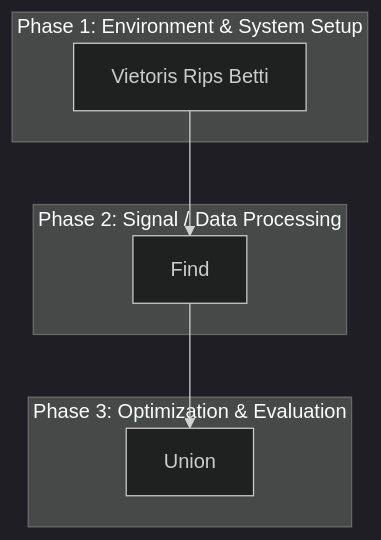
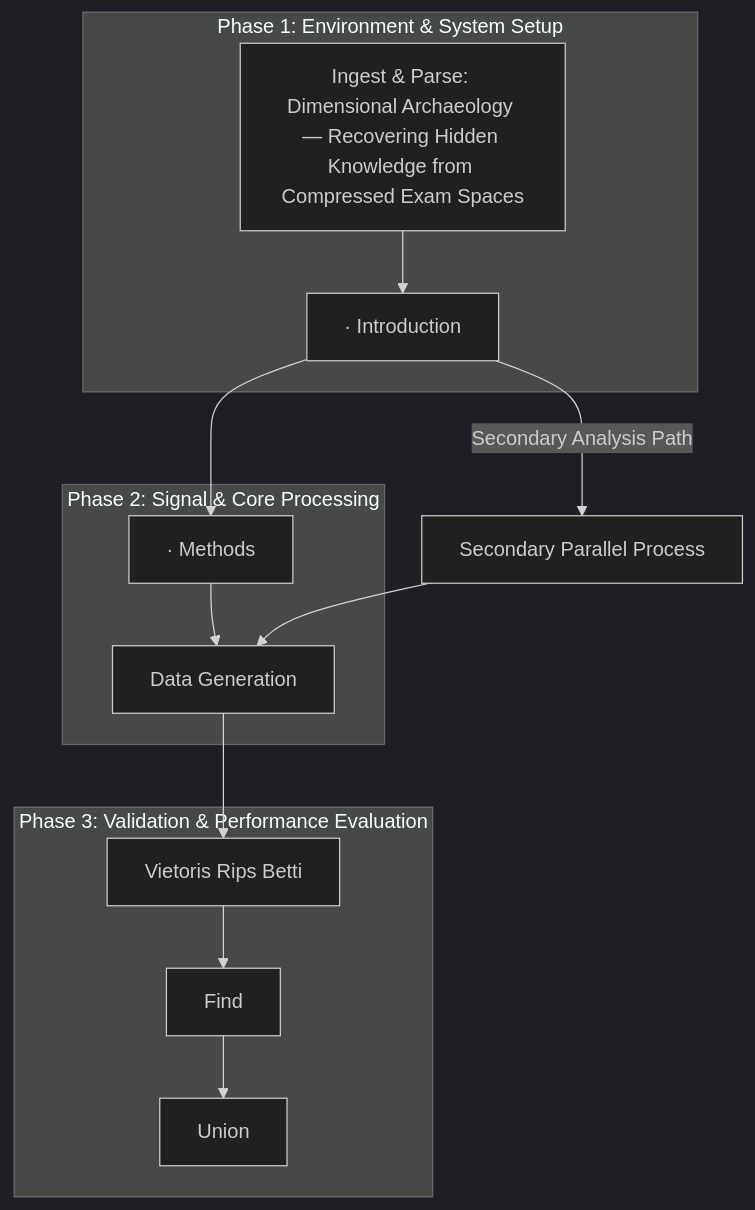
Before and after one commit to Runtime-Slayers/Dimensional-Archaeology-Latent-Knowledge-from-Sparse-Assessments: the diagram in README.md, drawn with Mermaid (dark theme). The commit also changed other lines of this file, not shown here.

Commit message:
Docs: Restructure README.md with detailed summary and pipeline flowchart

````diff
--- a/README.md
+++ b/README.md
@@ -14,14 +14,24 @@
 ```mermaid
 graph TD
     subgraph "Phase 1: Environment & System Setup"
-        N0["Vietoris Rips Betti"]
+        N0["Ingest & Parse: Dimensional Archaeology — Recovering Hidden Knowledge from Compressed Exam Spaces"]
+        N1["· Introduction"]
     end
-    subgraph "Phase 2: Signal / Data Processing"
-        N1["Find"]
+    subgraph "Phase 2: Signal & Core Processing"
+        N2["· Methods"]
+        N3["Data Generation"]
     end
-    subgraph "Phase 3: Optimization & Evaluation"
-        N2["Union"]
+    subgraph "Phase 3: Validation & Performance Evaluation"
+        N4["Vietoris Rips Betti"]
+        N5["Find"]
+        N6["Union"]
     end
     N0 --> N1
     N1 --> N2
+    N2 --> N3
+    N3 --> N4
+    N4 --> N5
+    N5 --> N6
+    N1 -->|"Secondary Analysis Path"| N_branchA["Secondary Parallel Process"]
+    N_branchA --> N3
 ```
````
